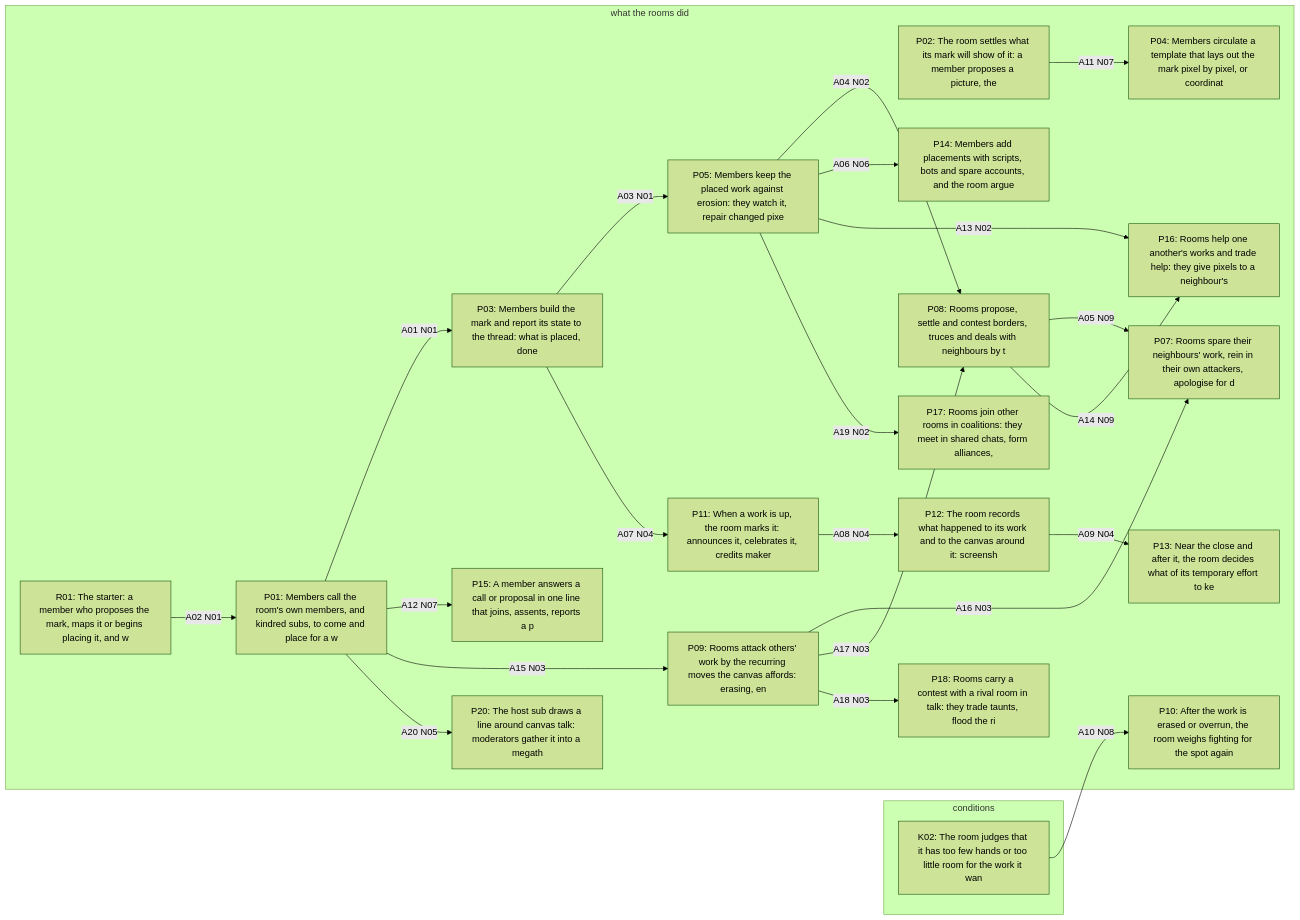
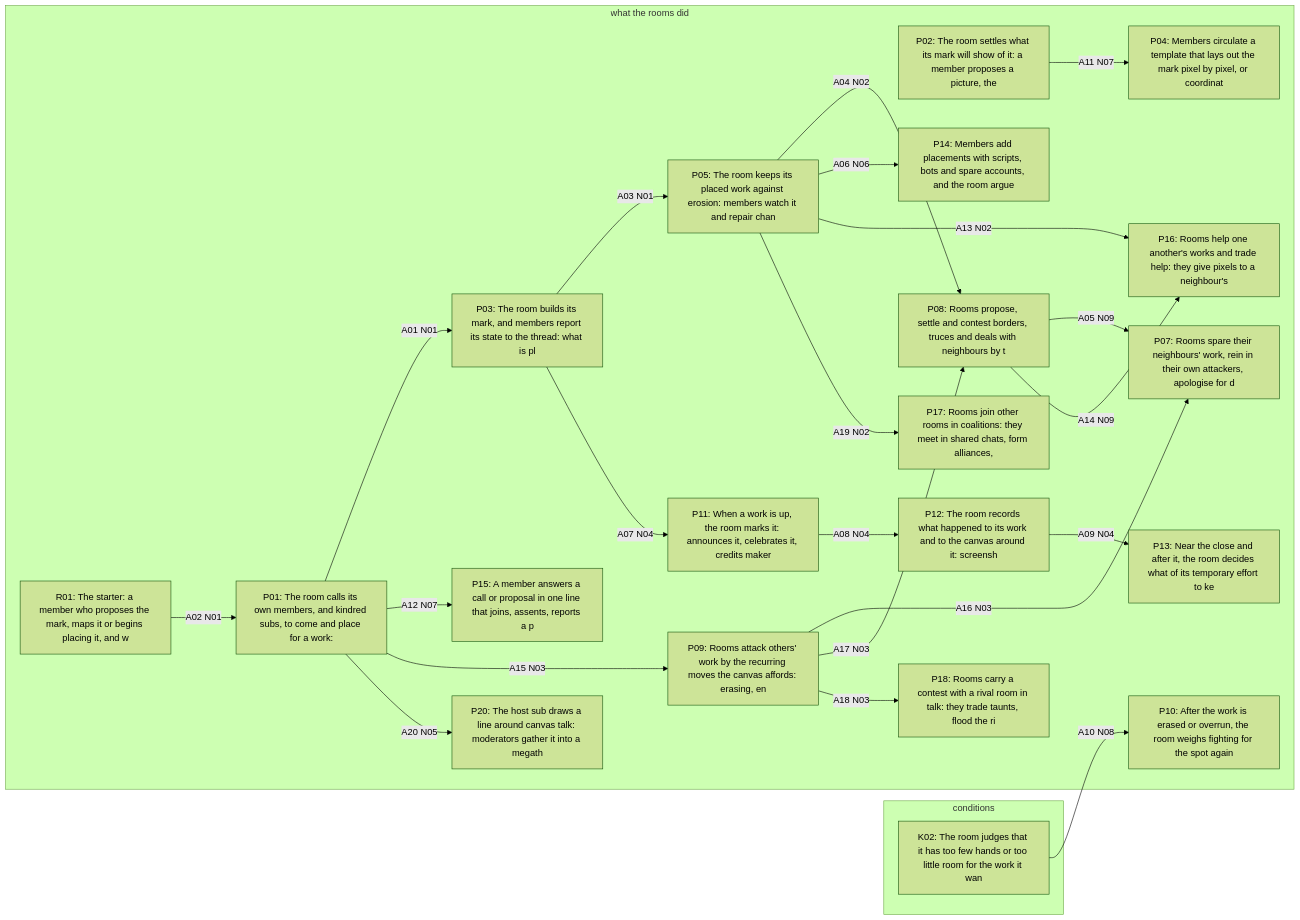
The first of 2 diagrams in aggregator/runs/claude-v43-1/00_GIVE-THE-AGENT/out/_views/figure-model.md (jparrieta/r-place), drawn with Mermaid (forest theme) before and after one commit. The commit also changed other lines of this file and 854 other files, not shown here.

````diff
--- a/aggregator/runs/claude-v43-1/00_GIVE-THE-AGENT/out/_views/figure-model.md
+++ b/aggregator/runs/claude-v43-1/00_GIVE-THE-AGENT/out/_views/figure-model.md
@@ -6,47 +6,47 @@
 ```mermaid
 flowchart LR
   subgraph conditions["conditions"]
     K02["K02: The room judges that it has too few hands or too little room for the work it wan"]
   end
   subgraph what_the_rooms_did["what the rooms did"]
-    P01["P01: Members call the room's own members, and kindred subs, to come and place for a w"]
+    P01["P01: The room calls its own members, and kindred subs, to come and place for a work: "]
     P02["P02: The room settles what its mark will show of it: a member proposes a picture, the"]
-    P03["P03: Members build the mark and report its state to the thread: what is placed, done "]
+    P03["P03: The room builds its mark, and members report its state to the thread: what is pl"]
     P04["P04: Members circulate a template that lays out the mark pixel by pixel, or coordinat"]
-    P05["P05: Members keep the placed work against erosion: they watch it, repair changed pixe"]
+    P05["P05: The room keeps its placed work against erosion: members watch it and repair chan"]
     P07["P07: Rooms spare their neighbours' work, rein in their own attackers, apologise for d"]
     P08["P08: Rooms propose, settle and contest borders, truces and deals with neighbours by t"]
     P09["P09: Rooms attack others' work by the recurring moves the canvas affords: erasing, en"]
     P10["P10: After the work is erased or overrun, the room weighs fighting for the spot again"]
     P11["P11: When a work is up, the room marks it: announces it, celebrates it, credits maker"]
     P12["P12: The room records what happened to its work and to the canvas around it: screensh"]
     P13["P13: Near the close and after it, the room decides what of its temporary effort to ke"]
     P14["P14: Members add placements with scripts, bots and spare accounts, and the room argue"]
     P15["P15: A member answers a call or proposal in one line that joins, assents, reports a p"]
     P16["P16: Rooms help one another's works and trade help: they give pixels to a neighbour's"]
     P17["P17: Rooms join other rooms in coalitions: they meet in shared chats, form alliances,"]
     P18["P18: Rooms carry a contest with a rival room in talk: they trade taunts, flood the ri"]
     P20["P20: The host sub draws a line around canvas talk: moderators gather it into a megath"]
     R01["R01: The starter: a member who proposes the mark, maps it or begins placing it, and w"]
   end
   P01 -->|"A01 N01"| P03
   R01 -->|"A02 N01"| P01
   P03 -->|"A03 N01"| P05
   P05 -->|"A04 N02"| P08
   P08 -->|"A05 N09"| P07
   P05 -->|"A06 N06"| P14
   P03 -->|"A07 N04"| P11
   P11 -->|"A08 N04"| P12
   P12 -->|"A09 N04"| P13
   K02 -->|"A10 N08"| P10
   P02 -->|"A11 N07"| P04
   P01 -->|"A12 N07"| P15
   P05 -->|"A13 N02"| P16
   P08 -->|"A14 N09"| P16
   P01 -->|"A15 N03"| P09
   P09 -->|"A16 N03"| P07
   P09 -->|"A17 N03"| P08
   P09 -->|"A18 N03"| P18
   P05 -->|"A19 N02"| P17
   P01 -->|"A20 N05"| P20
 ```
````
